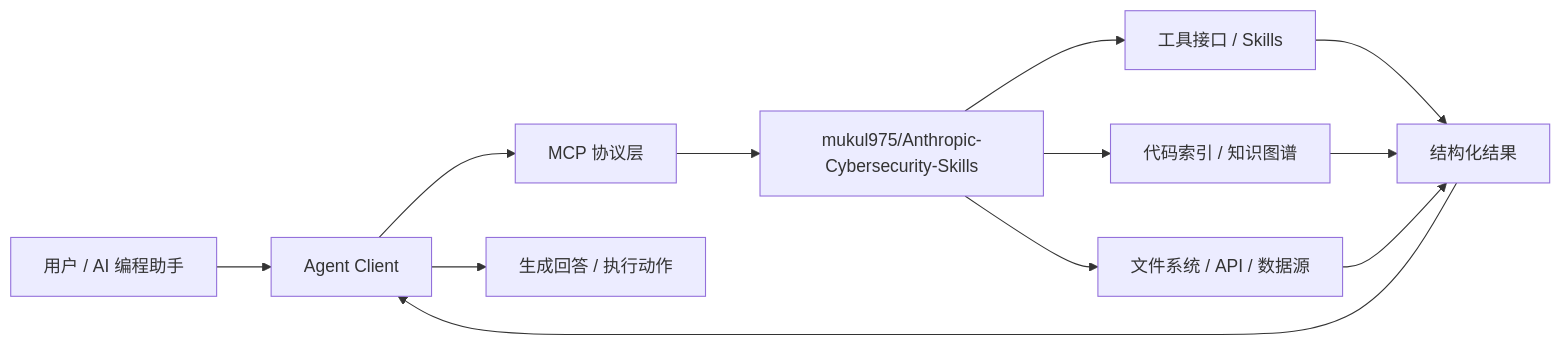
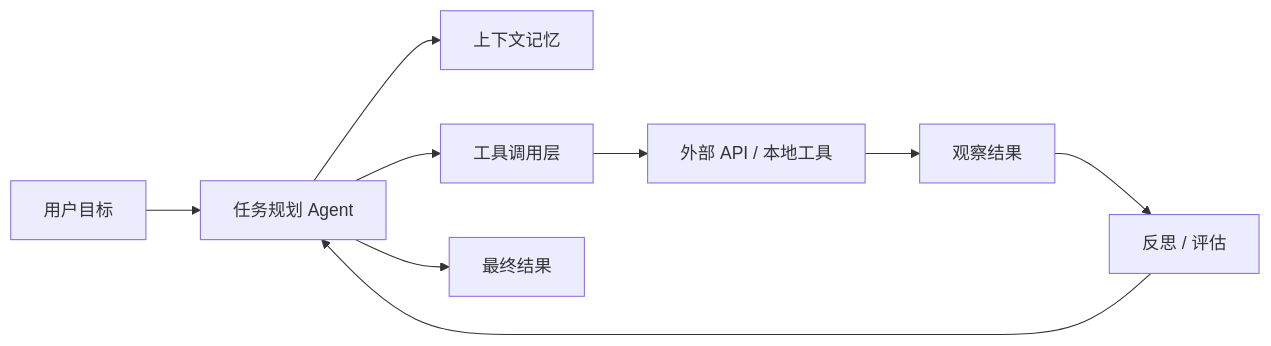
The third of 5 diagrams in TRENDING.md (Lingwangla/github_trend), drawn with Mermaid before and after one commit. The commit also changed other lines of this file and 1 other file, not shown here.

````diff
--- a/TRENDING.md
+++ b/TRENDING.md
@@ -113,14 +110,11 @@
 ```mermaid
 flowchart LR
-    User[用户 / AI 编程助手] --> Client[Agent Client]
-    Client --> Protocol[MCP 协议层]
-    Protocol --> Server[mukul975/Anthropic-Cybersecurity-Skills]
-    Server --> Tools[工具接口 / Skills]
-    Server --> Index[代码索引 / 知识图谱]
-    Server --> Data[文件系统 / API / 数据源]
-    Tools --> Result[结构化结果]
-    Index --> Result
-    Data --> Result
-    Result --> Client
-    Client --> Answer[生成回答 / 执行动作]
+    User[用户目标] --> Planner[任务规划 Agent]
+    Planner --> Memory[上下文记忆]
+    Planner --> Tools[工具调用层]
+    Tools --> APIs[外部 API / 本地工具]
+    APIs --> Observation[观察结果]
+    Observation --> Critic[反思 / 评估]
+    Critic --> Planner
+    Planner --> Deliverable[最终结果]
 ```
````
